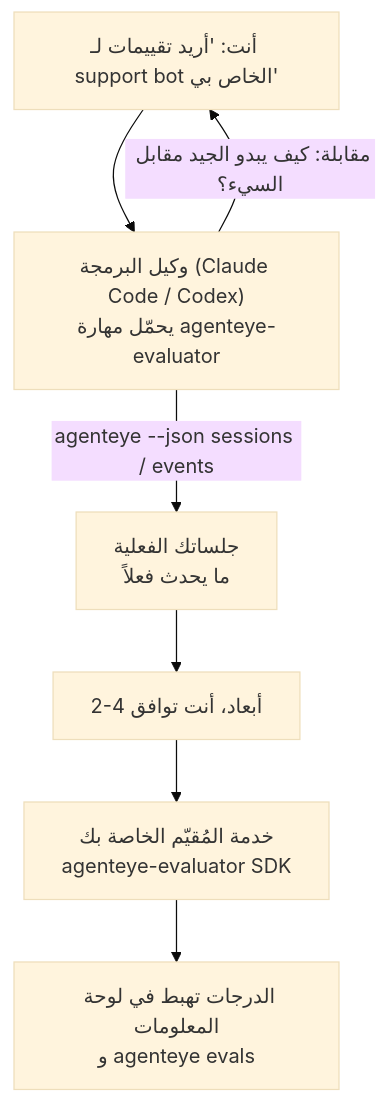
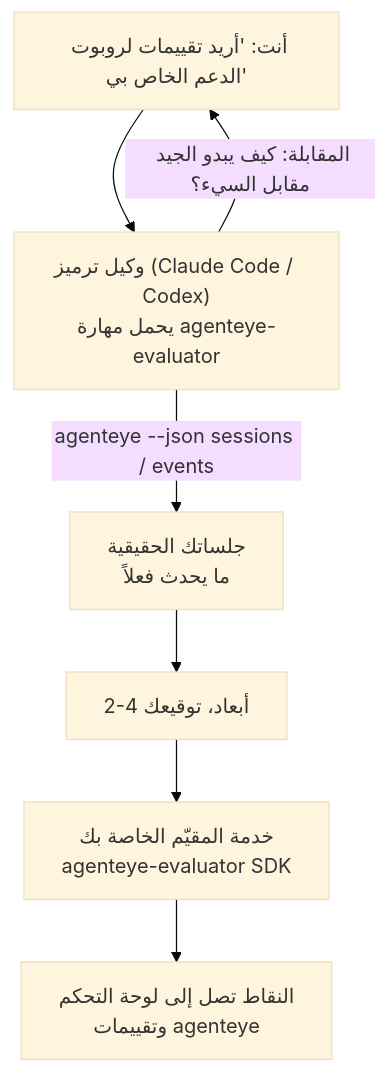
Before and after one commit to FailproofAI/failproofai: the diagram in docs/ar/agenteye/evaluator-skill.mdx, drawn with Mermaid (base theme). The commit also changed other lines of this file and 678 other files, not shown here.

````diff
--- a/docs/ar/agenteye/evaluator-skill.mdx
+++ b/docs/ar/agenteye/evaluator-skill.mdx
@@ -22,9 +21,9 @@
 ```mermaid
 flowchart TD
-    YOU["أنت: 'أريد تقييمات لـ support bot الخاص بي'"] --> AGENT["وكيل البرمجة (Claude Code / Codex)<br/>يحمّل مهارة agenteye-evaluator"]
-    AGENT -->|"مقابلة: كيف يبدو الجيد مقابل السيء؟"| YOU
-    AGENT -->|"agenteye --json sessions / events"| DATA["جلساتك الفعلية<br/>ما يحدث فعلاً"]
-    DATA --> DIMS["2-4 أبعاد، أنت توافق"]
-    DIMS --> SVC["خدمة المُقيّم الخاصة بك<br/>agenteye-evaluator SDK"]
-    SVC --> SCORES["الدرجات تهبط في لوحة المعلومات<br/>و agenteye evals"]
+    YOU["أنت: 'أريد تقييمات لروبوت الدعم الخاص بي'"] --> AGENT["وكيل ترميز (Claude Code / Codex)<br/>يحمل مهارة agenteye-evaluator"]
+    AGENT -->|"المقابلة: كيف يبدو الجيد مقابل السيء؟"| YOU
+    AGENT -->|"agenteye --json sessions / events"| DATA["جلساتك الحقيقية<br/>ما يحدث فعلاً"]
+    DATA --> DIMS["2-4 أبعاد، توقيعك"]
+    DIMS --> SVC["خدمة المقيّم الخاصة بك<br/>agenteye-evaluator SDK"]
+    SVC --> SCORES["النقاط تصل إلى لوحة التحكم<br/>وتقييمات agenteye"]
 ```
````
